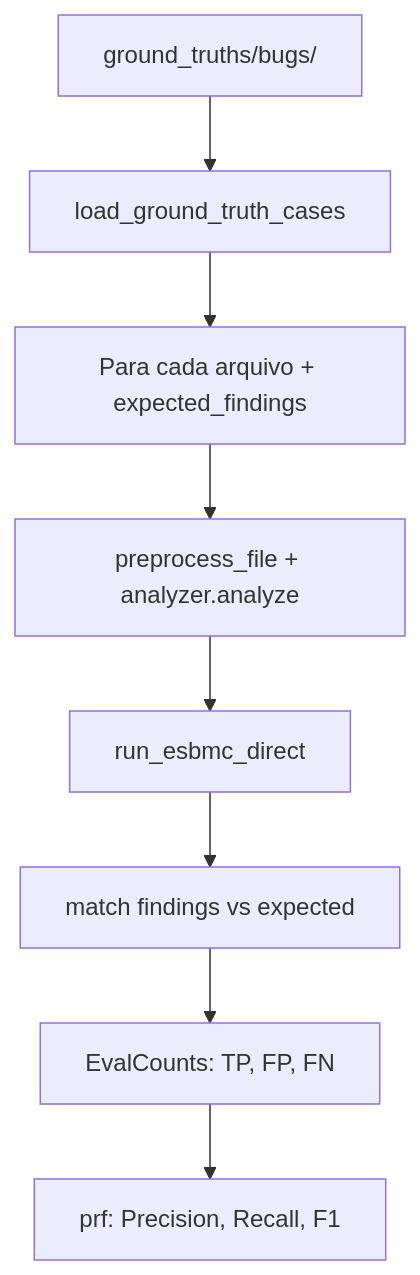
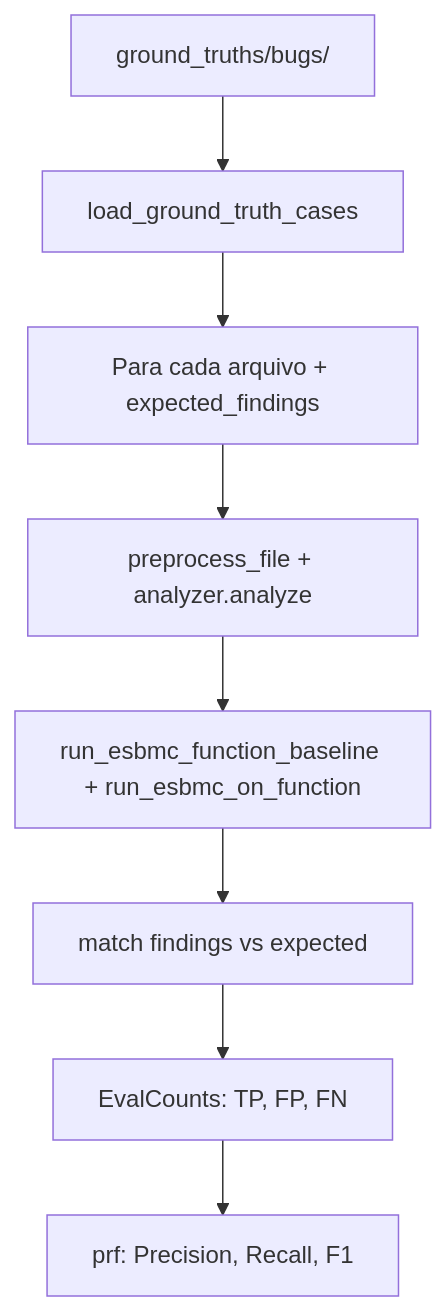
One commit to feralice/llm-esbmc-pipeline changed the third of 4 diagrams in docs/pipeline_flow.md. Above: the diagram before and after it, drawn with Mermaid. The commit also changed other lines of this file and 38 other files, not shown here.

Commit message:
Pipeline refactoring: using the --function  feature in esbmc to simplify the pipeline. esbmc-only workflow, llm+esbmc, and llm-only

````diff
--- a/docs/pipeline_flow.md
+++ b/docs/pipeline_flow.md
@@ -71,10 +63,10 @@
 ```mermaid
 flowchart TD
     A[ground_truths/bugs/] --> B[load_ground_truth_cases]
     B --> C[Para cada arquivo + expected_findings]
     C --> D[preprocess_file + analyzer.analyze]
-    D --> E[run_esbmc_direct]
+    D --> E[run_esbmc_function_baseline + run_esbmc_on_function]
     E --> F[match findings vs expected]
     F --> G[EvalCounts: TP, FP, FN]
     G --> H[prf: Precision, Recall, F1]
 ```
````
